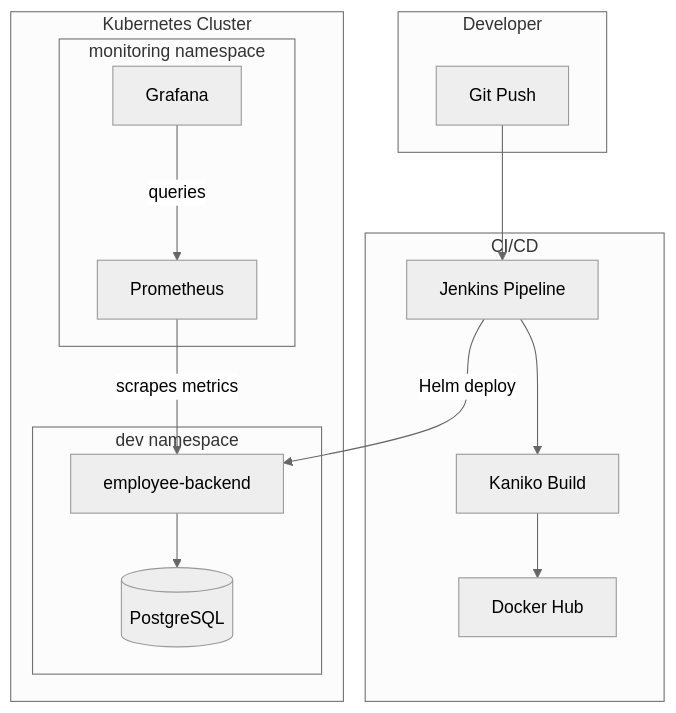
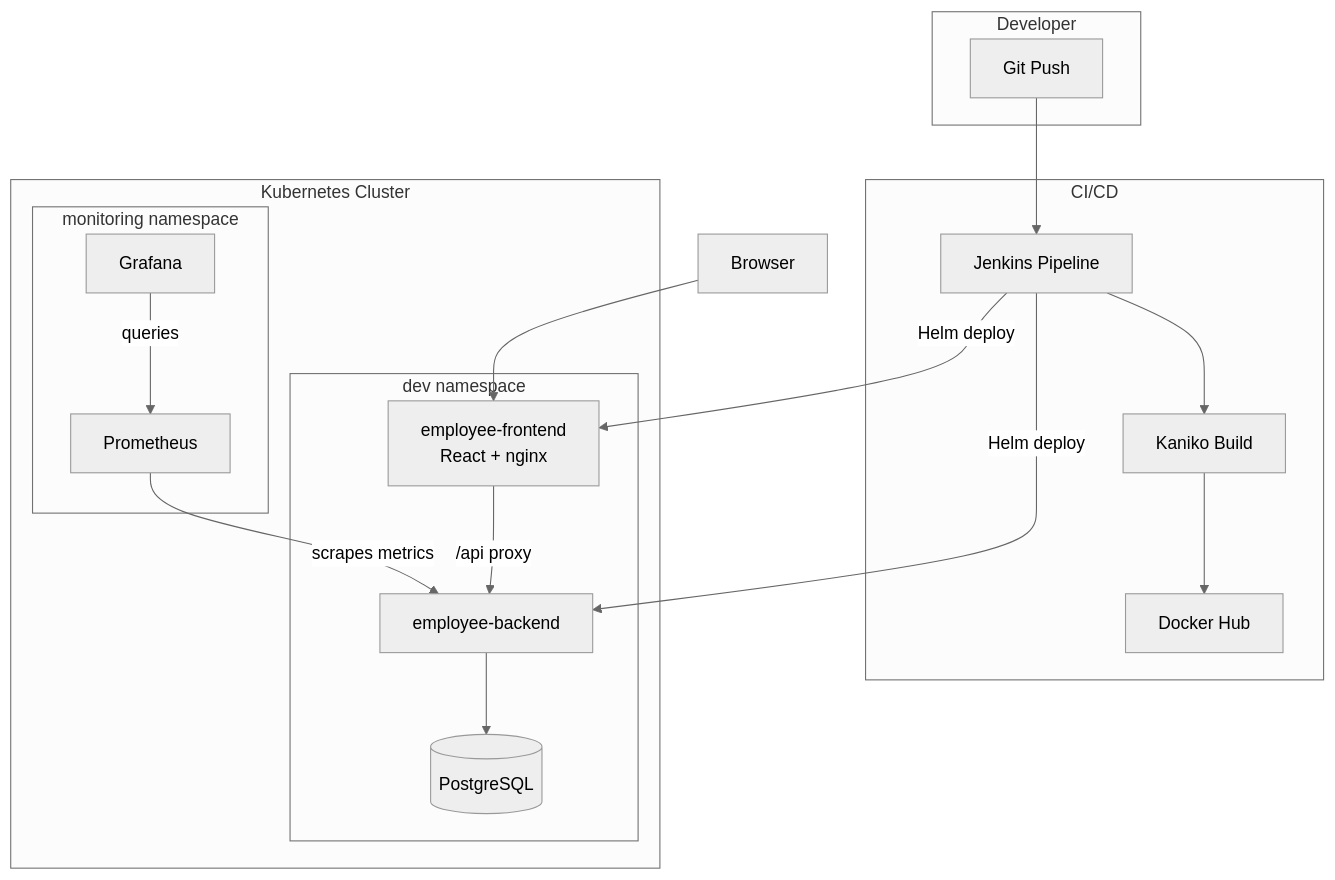
The diagram in README.md (soumya-sitak/employee-management-system), drawn with Mermaid (neutral theme) before and after one commit. The commit also changed other lines of this file and 22 other files, not shown here.

First line of the commit message:
Add React frontend and integrate it across the full stack.

````diff
--- a/README.md
+++ b/README.md
@@ -29,31 +134,35 @@
 ```mermaid
 flowchart TB
     subgraph Dev["Developer"]
         Git[Git Push]
     end
 
     subgraph CICD["CI/CD"]
         Jenkins[Jenkins Pipeline]
         Kaniko[Kaniko Build]
         DockerHub[Docker Hub]
     end
 
     subgraph K8s["Kubernetes Cluster"]
         subgraph App["dev namespace"]
+            UI[employee-frontend<br/>React + nginx]
             API[employee-backend]
             DB[(PostgreSQL)]
         end
         subgraph Monitor["monitoring namespace"]
             Prom[Prometheus]
             Graf[Grafana]
         end
     end
 
+    User[Browser] --> UI
+    UI -->|"/api proxy"| API
     Git --> Jenkins
     Jenkins --> Kaniko
     Kaniko --> DockerHub
+    Jenkins -->|Helm deploy| UI
     Jenkins -->|Helm deploy| API
     API --> DB
     Prom -->|scrapes metrics| API
     Graf -->|queries| Prom
 ```
````
